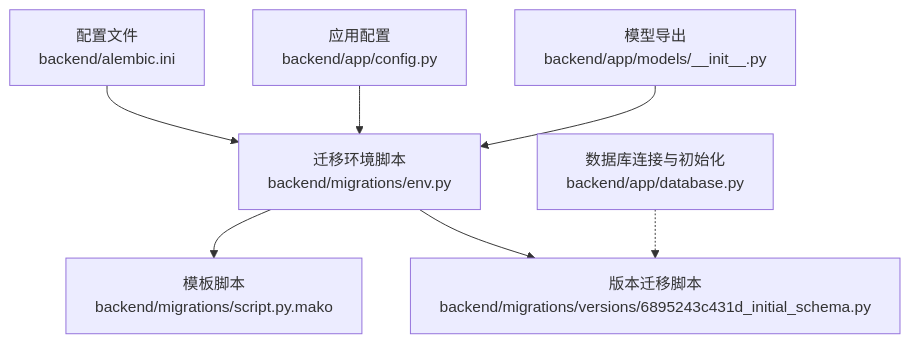
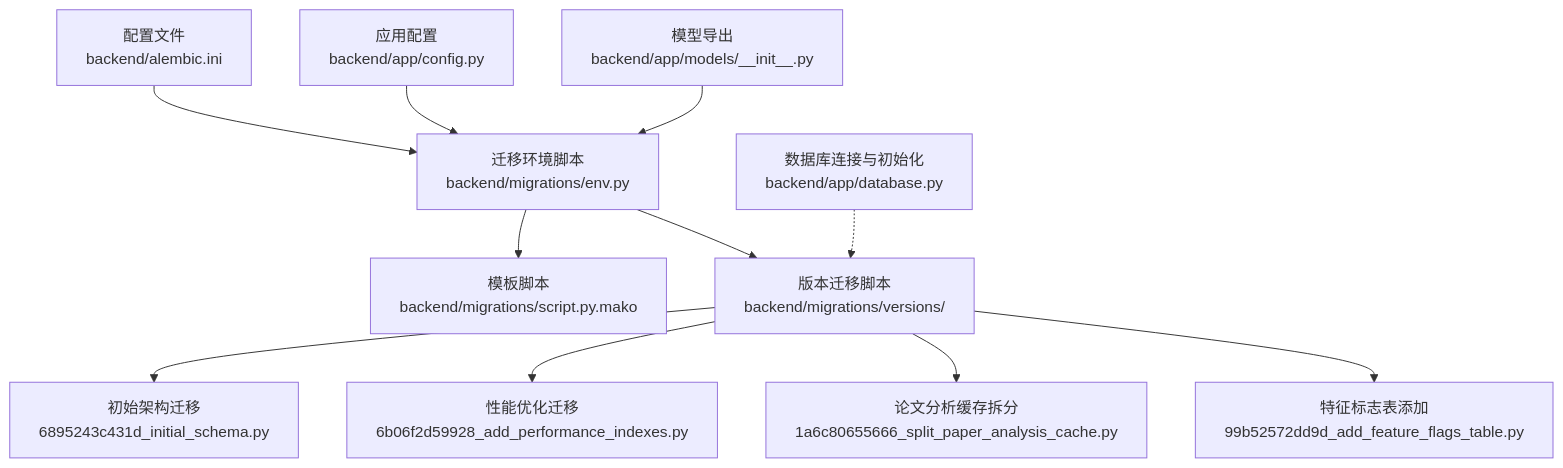
The first of 3 diagrams in .qoder/repowiki/zh/content/后端系统/数据库设计/数据库迁移管理.md (laohanhahaha/PaperChat), drawn with Mermaid before and after one commit. The commit also changed other lines of this file and 8 other files, not shown here.

````diff
--- a/.qoder/repowiki/zh/content/后端系统/数据库设计/数据库迁移管理.md
+++ b/.qoder/repowiki/zh/content/后端系统/数据库设计/数据库迁移管理.md
@@ -38,9 +44,13 @@
 ```mermaid
 graph TB
 A["配置文件<br/>backend/alembic.ini"] --> B["迁移环境脚本<br/>backend/migrations/env.py"]
 B --> C["模板脚本<br/>backend/migrations/script.py.mako"]
-B --> D["版本迁移脚本<br/>backend/migrations/versions/6895243c431d_initial_schema.py"]
-E["应用配置<br/>backend/app/config.py"] --> B
-F["模型导出<br/>backend/app/models/__init__.py"] --> B
-G["数据库连接与初始化<br/>backend/app/database.py"] -.-> D
+B --> D["版本迁移脚本<br/>backend/migrations/versions/"]
+D --> E["初始架构迁移<br/>6895243c431d_initial_schema.py"]
+D --> F["性能优化迁移<br/>6b06f2d59928_add_performance_indexes.py"]
+D --> G["论文分析缓存拆分<br/>1a6c80655666_split_paper_analysis_cache.py"]
+D --> H["特征标志表添加<br/>99b52572dd9d_add_feature_flags_table.py"]
+I["应用配置<br/>backend/app/config.py"] --> B
+J["模型导出<br/>backend/app/models/__init__.py"] --> B
+K["数据库连接与初始化<br/>backend/app/database.py"] -.-> D
 ```
````
